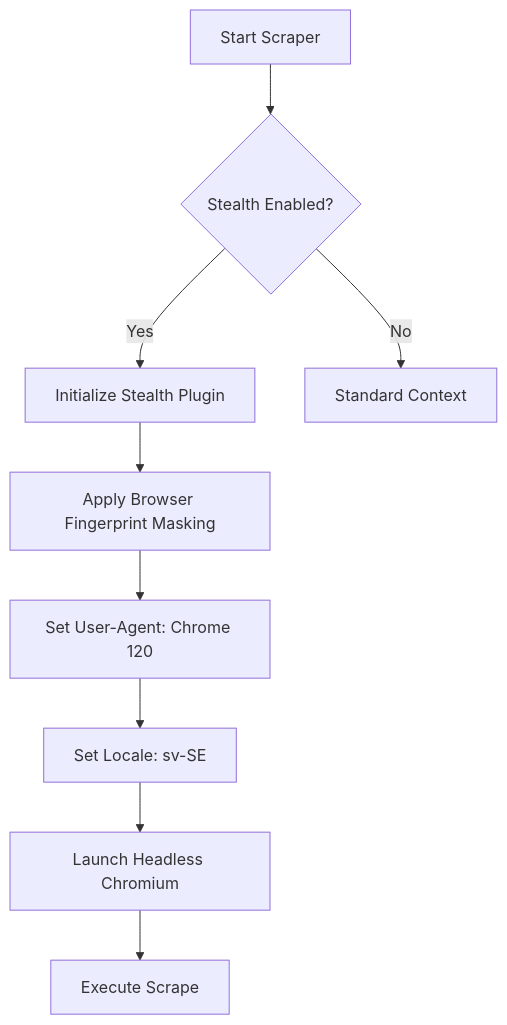
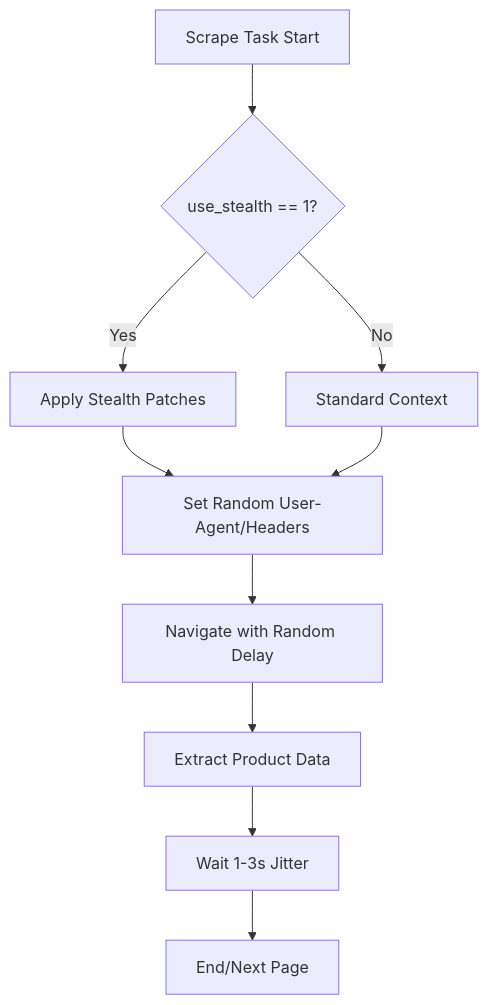
The second of 2 diagrams in .cubic/wiki/03-section-features/03-feature-stealth.md (Avkroken/Produkter), drawn with Mermaid before and after one commit. The commit also changed other lines of this file and 46 other files, not shown here.

````diff
--- a/.cubic/wiki/03-section-features/03-feature-stealth.md
+++ b/.cubic/wiki/03-section-features/03-feature-stealth.md
@@ -31,11 +67,12 @@
 ```mermaid
 flowchart TD
-    A[Start Scraper] --> B{Stealth Enabled?}
-    B -- Yes --> C[Initialize Stealth Plugin]
+    A[Scrape Task Start] --> B{use_stealth == 1?}
+    B -- Yes --> C[Apply Stealth Patches]
     B -- No --> D[Standard Context]
-    C --> E[Apply Browser Fingerprint Masking]
-    E --> F[Set User-Agent: Chrome 120]
-    F --> G[Set Locale: sv-SE]
-    G --> H[Launch Headless Chromium]
-    H --> I[Execute Scrape]
+    C --> E[Set Random User-Agent/Headers]
+    D --> E
+    E --> F[Navigate with Random Delay]
+    F --> G[Extract Product Data]
+    G --> H[Wait 1-3s Jitter]
+    H --> I[End/Next Page]
 ```
````
